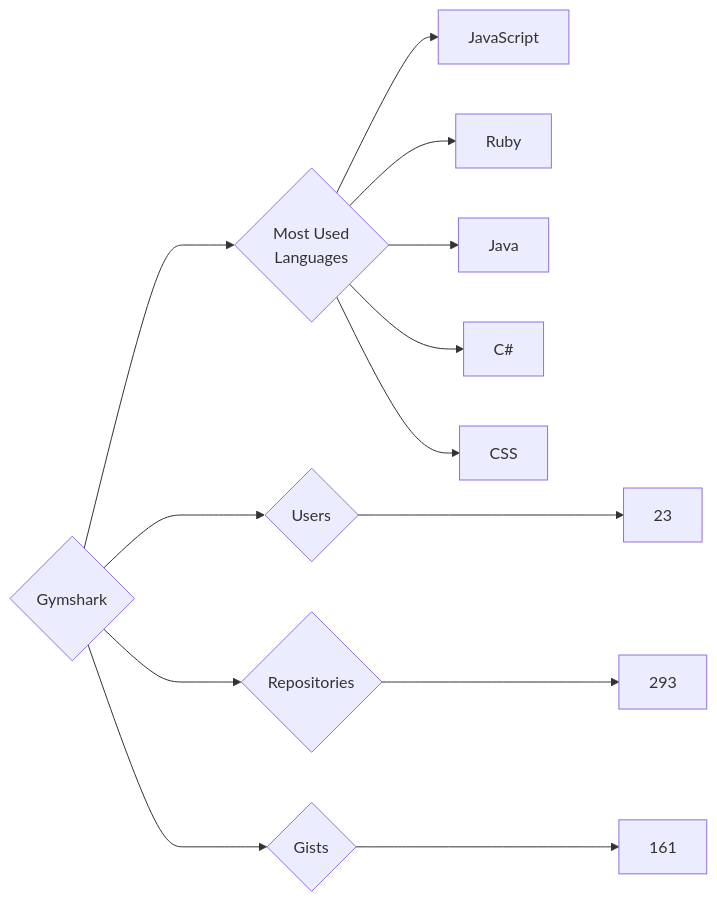
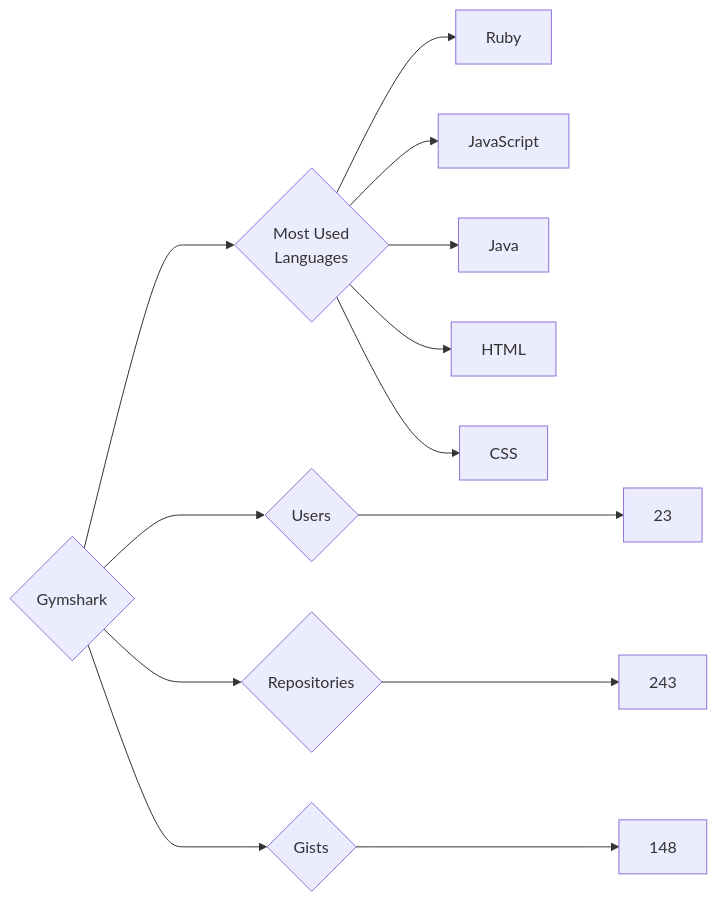
The diagram in targets/Gymshark/README.md (trickest/insiders), drawn with Mermaid before and after one commit. The commit also changed 912 other files, not shown here.

````diff
--- a/targets/Gymshark/README.md
+++ b/targets/Gymshark/README.md
@@ -3,13 +3,13 @@
 ```mermaid
 graph LR
 COMPANY_NAME{Gymshark}
 COMPANY_NAME ---> U{Users} ---> UN[23]
-COMPANY_NAME ---> R{Repositories} ---> RN[293]
-COMPANY_NAME ---> G{Gists} ---> GN[161]
+COMPANY_NAME ---> R{Repositories} ---> RN[243]
+COMPANY_NAME ---> G{Gists} ---> GN[148]
 COMPANY_NAME ---> ML{Most Used<br>Languages}
+ML --> Ruby[Ruby]
 ML --> JavaScript[JavaScript]
-ML --> Ruby[Ruby]
 ML --> Java[Java]
-ML --> C#[C#]
+ML --> HTML[HTML]
 ML --> CSS[CSS]
 ```
````
